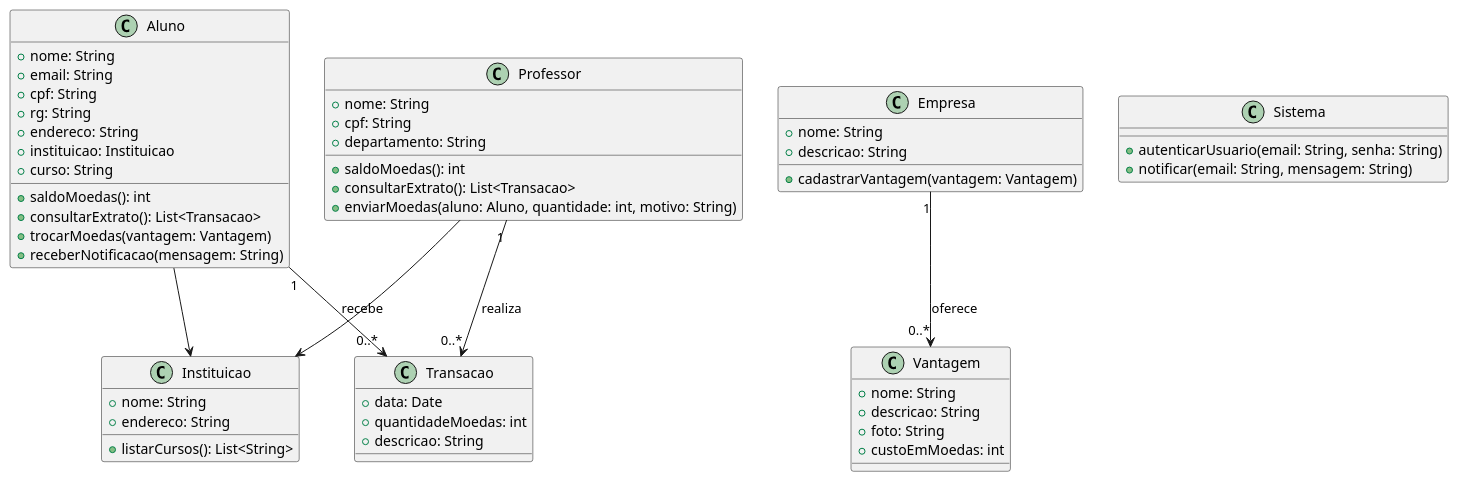
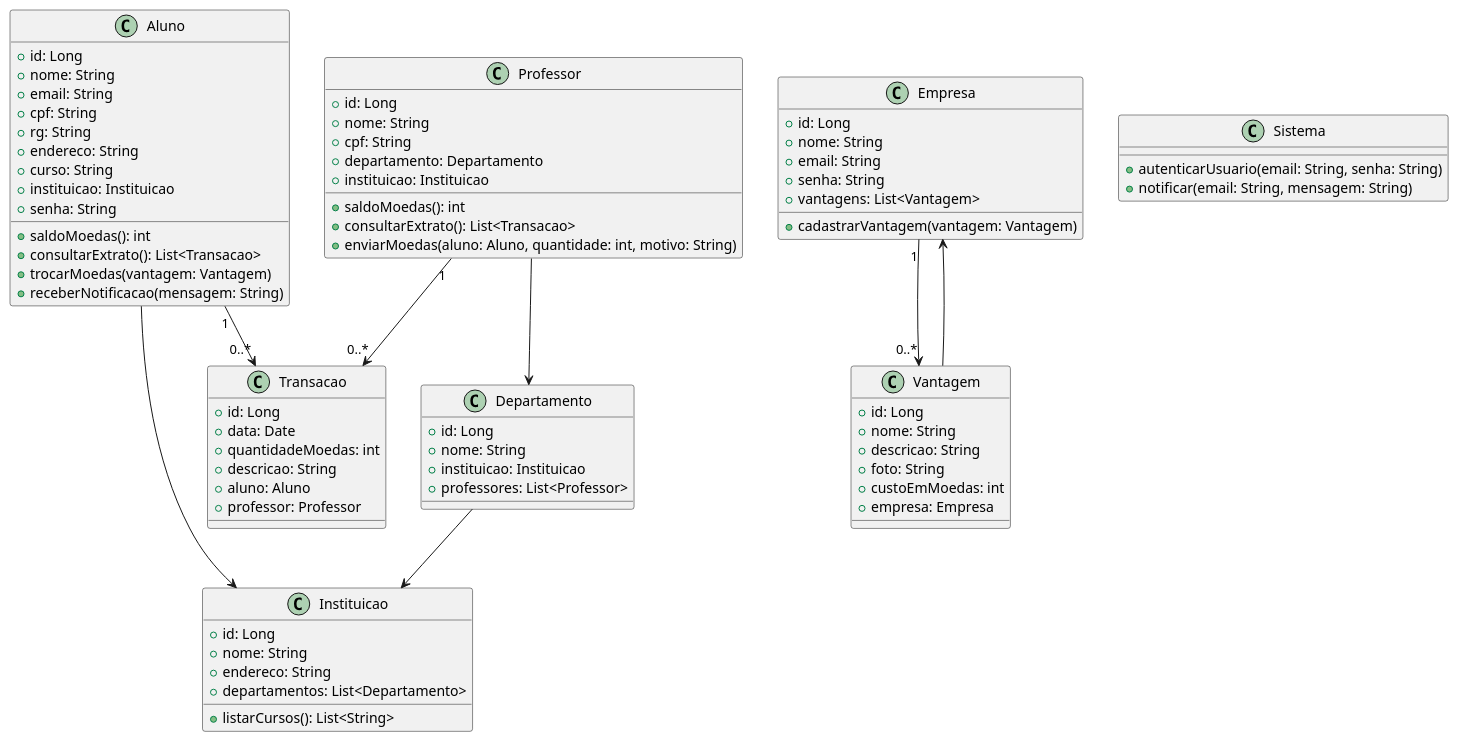
Before and after one commit to Lvion/LabSoftware3: the diagram in Projeto/diagramas/diagrama_de_clases.puml, drawn with PlantUML. The commit also changed 1 other file, not shown here.

Commit message:
correções diagrama de classes

```diff
--- a/Projeto/diagramas/diagrama_de_clases.puml
+++ b/Projeto/diagramas/diagrama_de_clases.puml
@@ -1,62 +1,85 @@
 @startuml
 
 class Aluno {
+  +id: Long
   +nome: String
   +email: String
   +cpf: String
   +rg: String
   +endereco: String
+  +curso: String
   +instituicao: Instituicao
-  +curso: String
+  +senha: String
   +saldoMoedas(): int
   +consultarExtrato(): List<Transacao>
   +trocarMoedas(vantagem: Vantagem)
   +receberNotificacao(mensagem: String)
 }
 
 class Professor {
+  +id: Long
   +nome: String
   +cpf: String
-  +departamento: String
+  +departamento: Departamento
+  +instituicao: Instituicao
   +saldoMoedas(): int
   +consultarExtrato(): List<Transacao>
   +enviarMoedas(aluno: Aluno, quantidade: int, motivo: String)
 }
 
 class Instituicao {
+  +id: Long
   +nome: String
   +endereco: String
   +listarCursos(): List<String>
+  +departamentos: List<Departamento>
+}
+
+class Departamento {
+  +id: Long
+  +nome: String
+  +instituicao: Instituicao
+  +professores: List<Professor>
 }
 
 class Empresa {
+  +id: Long
   +nome: String
-  +descricao: String
+  +email: String
+  +senha: String
+  +vantagens: List<Vantagem>
   +cadastrarVantagem(vantagem: Vantagem)
 }
 
 class Vantagem {
+  +id: Long
   +nome: String
   +descricao: String
   +foto: String
   +custoEmMoedas: int
+  +empresa: Empresa
 }
 
 class Transacao {
+  +id: Long
   +data: Date
   +quantidadeMoedas: int
   +descricao: String
+  +aluno: Aluno
+  +professor: Professor
 }
 
 class Sistema {
   +autenticarUsuario(email: String, senha: String)
   +notificar(email: String, mensagem: String)
 }
 
 Aluno --> Instituicao
-Professor --> Instituicao
-Professor "1" --> "0..*" Transacao : realiza
-Aluno "1" --> "0..*" Transacao : recebe
-Empresa "1" --> "0..*" Vantagem : oferece
+Professor --> Departamento
+Departamento --> Instituicao
+Professor "1" --> "0..*" Transacao
+Aluno "1" --> "0..*" Transacao
+Empresa "1" --> "0..*" Vantagem
+Vantagem --> Empresa
 
 @enduml
```
